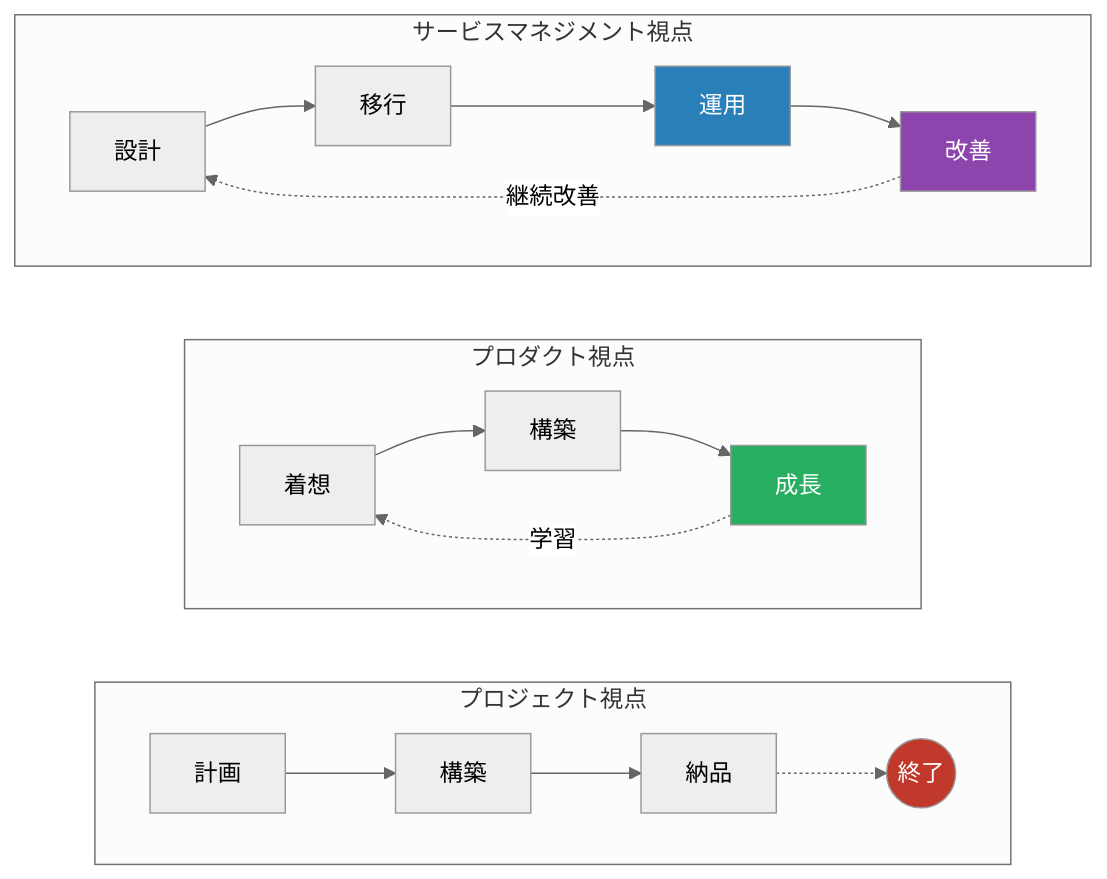
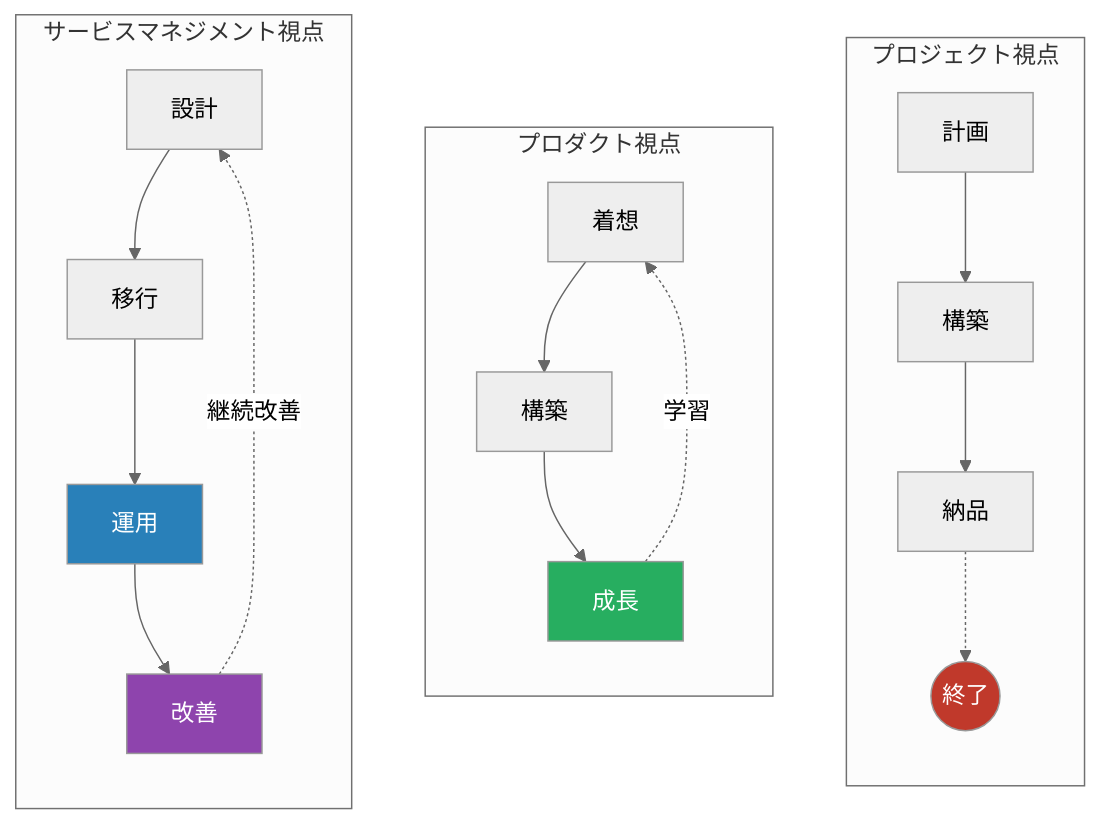
The first of 8 diagrams in service-management-map.md (shuji-bonji/Management-of-software-systems-and-services), drawn with Mermaid (neutral theme) before and after one commit. The commit also changed other lines of this file and 9 other files, not shown here.

Commit message:
fix: Mermaid図の改善

````diff
--- a/service-management-map.md
+++ b/service-management-map.md
@@ -9,26 +8,26 @@
 ```mermaid
-graph LR
+graph TB
     subgraph PJ["プロジェクト視点"]
-        direction LR
+        direction TB
         PJ1["計画"] --> PJ2["構築"] --> PJ3["納品"]
         PJ3 -.-> PJ4(("終了"))
     end
 
     subgraph PD["プロダクト視点"]
-        direction LR
+        direction TB
         PD1["着想"] --> PD2["構築"] --> PD3["成長"]
         PD3 -.->|"学習"| PD1
     end
 
     subgraph SM["サービスマネジメント視点"]
-        direction LR
+        direction TB
         SM1["設計"] --> SM2["移行"] --> SM3["運用"]
         SM3 --> SM4["改善"]
         SM4 -.->|"継続改善"| SM1
     end
 
     style PJ4 fill:#C0392B,color:#fff
     style PD3 fill:#27AE60,color:#fff
     style SM3 fill:#2980B9,color:#fff
     style SM4 fill:#8E44AD,color:#fff
 ```
````
